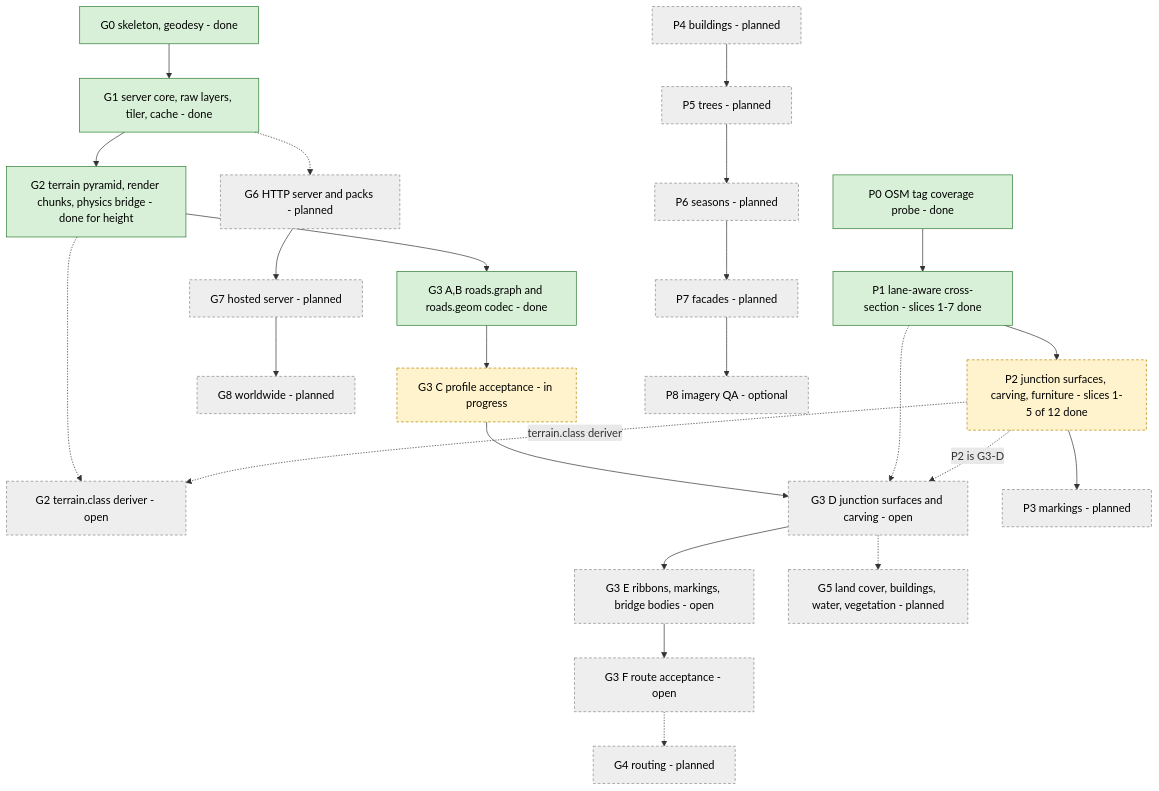
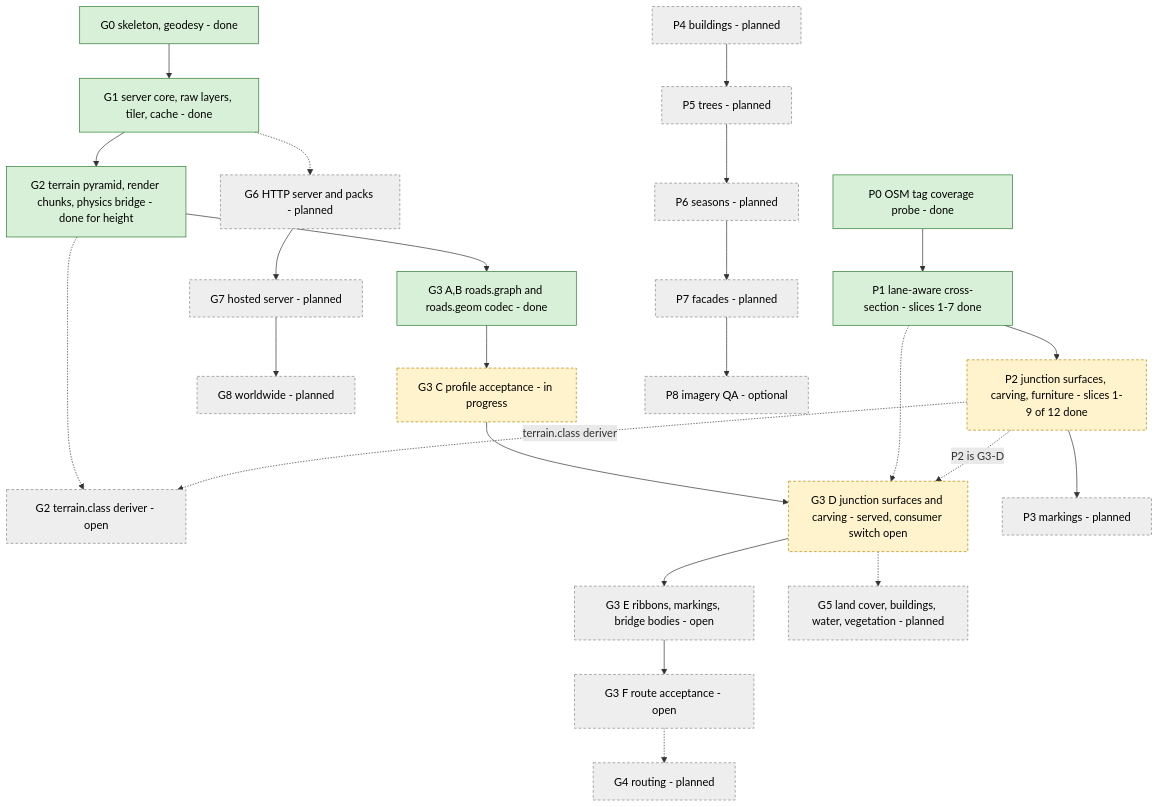
One commit to SebastianDanielFrenz/geo2map_engine changed the fourth of 4 diagrams in docs/pipeline/README.md. Above: the diagram before and after it, drawn with Mermaid. The commit also changed other lines of this file and 23 other files, not shown here.

````diff
--- a/docs/pipeline/README.md
+++ b/docs/pipeline/README.md
@@ -268,44 +284,44 @@
 ```mermaid
 flowchart TB
   G0["G0 skeleton, geodesy - done"]
   G1["G1 server core, raw layers, tiler, cache - done"]
   G2["G2 terrain pyramid, render chunks, physics bridge - done for height"]
   G2C["G2 terrain.class deriver - open"]
   G3A["G3 A,B roads.graph and roads.geom codec - done"]
   G3C["G3 C profile acceptance - in progress"]
-  G3D["G3 D junction surfaces and carving - open"]
+  G3D["G3 D junction surfaces and carving - served, consumer switch open"]
   G3E["G3 E ribbons, markings, bridge bodies - open"]
   G3F["G3 F route acceptance - open"]
   G4["G4 routing - planned"]
   G5["G5 land cover, buildings, water, vegetation - planned"]
   G6["G6 HTTP server and packs - planned"]
   G7["G7 hosted server - planned"]
   G8["G8 worldwide - planned"]
   P0["P0 OSM tag coverage probe - done"]
   P1["P1 lane-aware cross-section - slices 1-7 done"]
-  P2["P2 junction surfaces, carving, furniture - slices 1-5 of 12 done"]
+  P2["P2 junction surfaces, carving, furniture - slices 1-9 of 12 done"]
   P3["P3 markings - planned"]
   P4["P4 buildings - planned"]
   P5["P5 trees - planned"]
   P6["P6 seasons - planned"]
   P7["P7 facades - planned"]
   P8["P8 imagery QA - optional"]
 
   G0 --> G1 --> G2 --> G3A --> G3C --> G3D --> G3E --> G3F
   G2 -.-> G2C
   G3F -.-> G4
   G3D -.-> G5
   G1 -.-> G6 --> G7 --> G8
   P0 --> P1 --> P2 --> P3
   P1 -.-> G3D
   P2 -.->|"P2 is G3-D"| G3D
   P2 -.->|"terrain.class deriver"| G2C
   P4 --> P5 --> P6 --> P7 --> P8
 
   classDef done fill:#d8f0d8,stroke:#2e7d32,color:#000;
   classDef part fill:#fff3cd,stroke:#b58900,stroke-dasharray:4 3,color:#000;
   classDef plan fill:#eeeeee,stroke:#888888,stroke-dasharray:4 3,color:#000;
   class G0,G1,G2,G3A,P0,P1 done;
-  class G3C,P2 part;
-  class G2C,G3D,G3E,G3F,G4,G5,G6,G7,G8,P3,P4,P5,P6,P7,P8 plan;
+  class G3C,G3D,P2 part;
+  class G2C,G3E,G3F,G4,G5,G6,G7,G8,P3,P4,P5,P6,P7,P8 plan;
 ```
````
